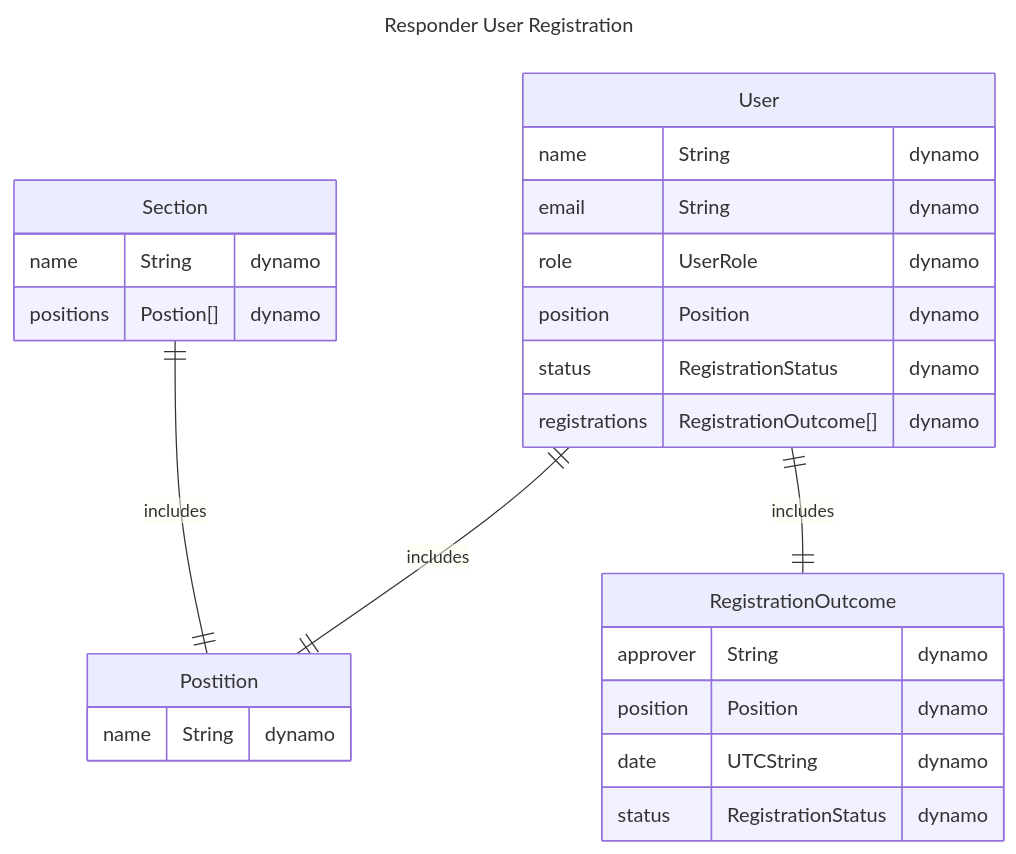
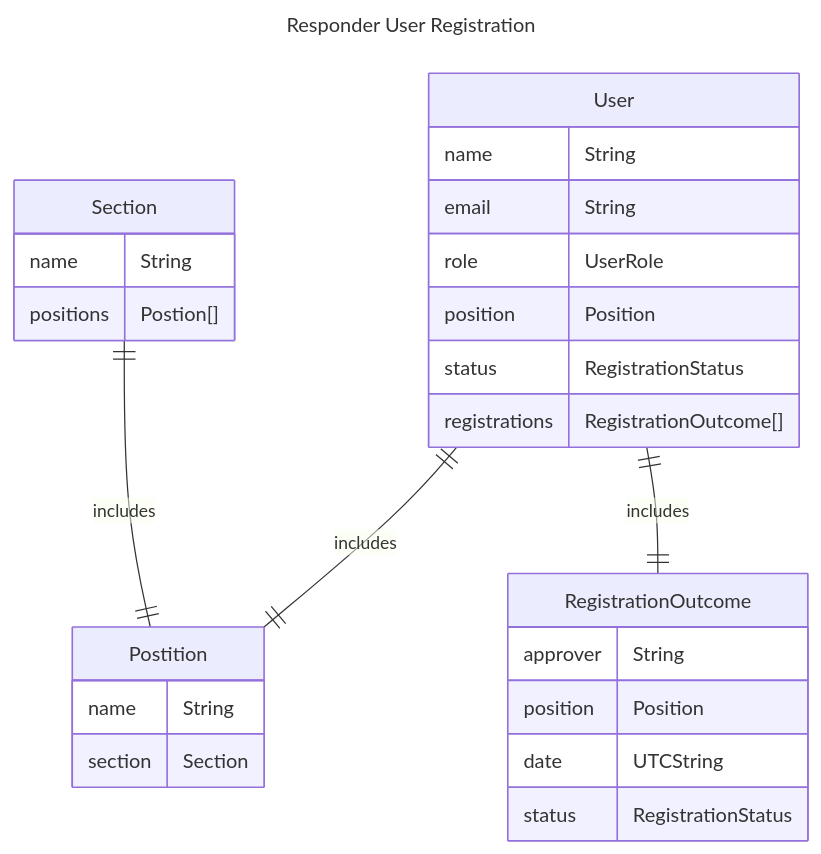
One commit to thomas-b-jackson/sdge-it-responder changed the diagram in documents/design/data-models/user-registration.md. Above: the diagram before and after it, drawn with Mermaid. The commit also changed other lines of this file and 2 other files, not shown here.

Commit message:
updated to erd

````diff
--- a/documents/design/data-models/user-registration.md
+++ b/documents/design/data-models/user-registration.md
@@ -1,35 +11,35 @@
 ```mermaid
 ---
 title: Responder User Registration
 ---
 erDiagram
   Section  ||--|| Postition : includes
   User  ||--|| Postition : includes
   User  ||--|| RegistrationOutcome : includes
 
   Section {
-    name String "dynamo"
-    positions Postion[] "dynamo"
+    name String
+    positions Postion[]
   }
 
   Postition {
-    name String "dynamo"
+    name String
+    section Section
   }
 
   User {
-    name String   "dynamo"
-    email String "dynamo"
-    role UserRole "dynamo"
-    position Position "dynamo"
-    status RegistrationStatus "dynamo"
-    registrations RegistrationOutcome[] "dynamo"
+    name String
+    email String
+    role UserRole
+    position Position
+    status RegistrationStatus
+    registrations RegistrationOutcome[]
   }
 
   RegistrationOutcome {
-    approver String  "dynamo"
-    position Position "dynamo"
-    date UTCString "dynamo"
-    status RegistrationStatus  "dynamo"
+    approver String
+    position Position
+    date UTCString
+    status RegistrationStatus
   }
-
 ```
````
